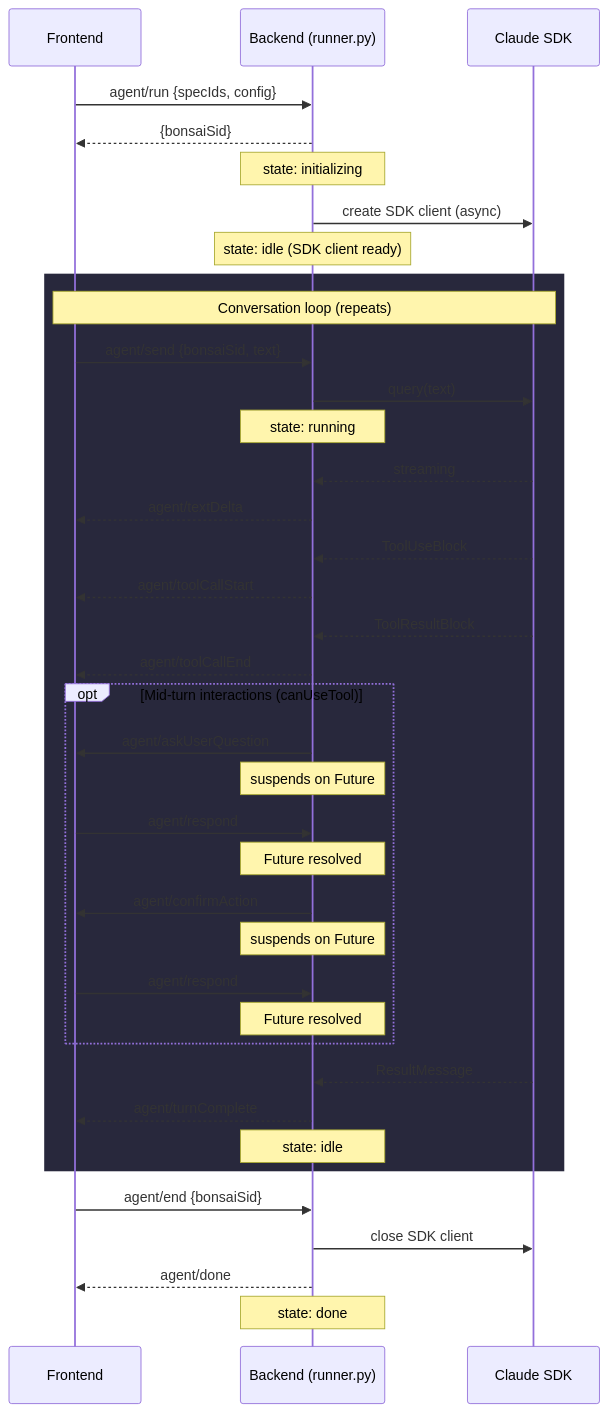
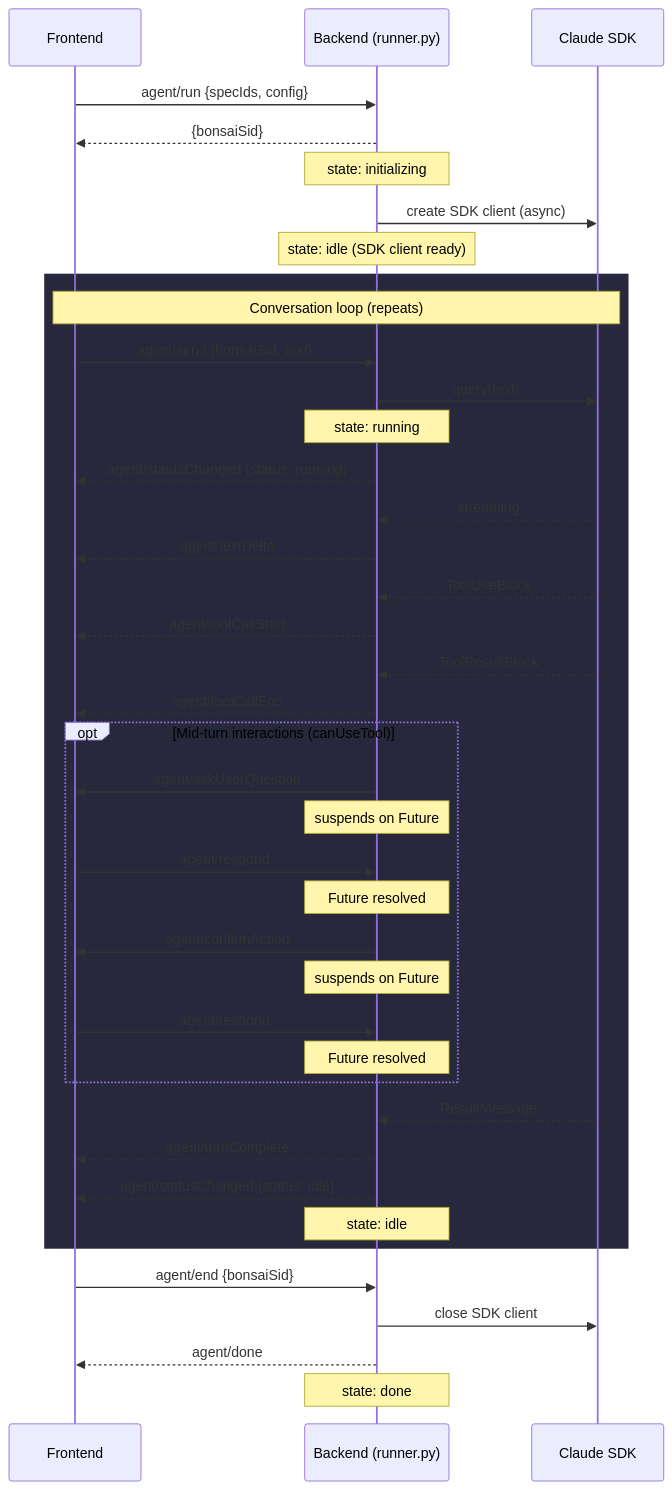
One commit to JetBrains/thinkrail changed the second of 5 diagrams in backend/app/agent/README.md. Above: the diagram before and after it, drawn with Mermaid. The commit also changed other lines of this file and 7 other files, not shown here.

````diff
--- a/backend/app/agent/README.md
+++ b/backend/app/agent/README.md
@@ -64,46 +66,48 @@
 ```mermaid
 sequenceDiagram
     participant F as Frontend
     participant B as Backend (runner.py)
     participant S as Claude SDK
 
     F->>B: agent/run {specIds, config}
     B-->>F: {bonsaiSid}
     Note over B: state: initializing
     B->>S: create SDK client (async)
     Note over B: state: idle (SDK client ready)
 
     rect rgb(40, 40, 60)
         Note over F,S: Conversation loop (repeats)
 
         F->>B: agent/send {bonsaiSid, text}
         B->>S: query(text)
         Note over B: state: running
+        B-->>F: agent/statusChanged {status: running}
         S-->>B: streaming
         B-->>F: agent/textDelta
         S-->>B: ToolUseBlock
         B-->>F: agent/toolCallStart
         S-->>B: ToolResultBlock
         B-->>F: agent/toolCallEnd
 
         opt Mid-turn interactions (canUseTool)
             B->>F: agent/askUserQuestion
             Note over B: suspends on Future
             F->>B: agent/respond
             Note over B: Future resolved
             B->>F: agent/confirmAction
             Note over B: suspends on Future
             F->>B: agent/respond
             Note over B: Future resolved
         end
 
         S-->>B: ResultMessage
         B-->>F: agent/turnComplete
+        B-->>F: agent/statusChanged {status: idle}
         Note over B: state: idle
     end
 
     F->>B: agent/end {bonsaiSid}
     B->>S: close SDK client
     B-->>F: agent/done
     Note over B: state: done
 ```
````
